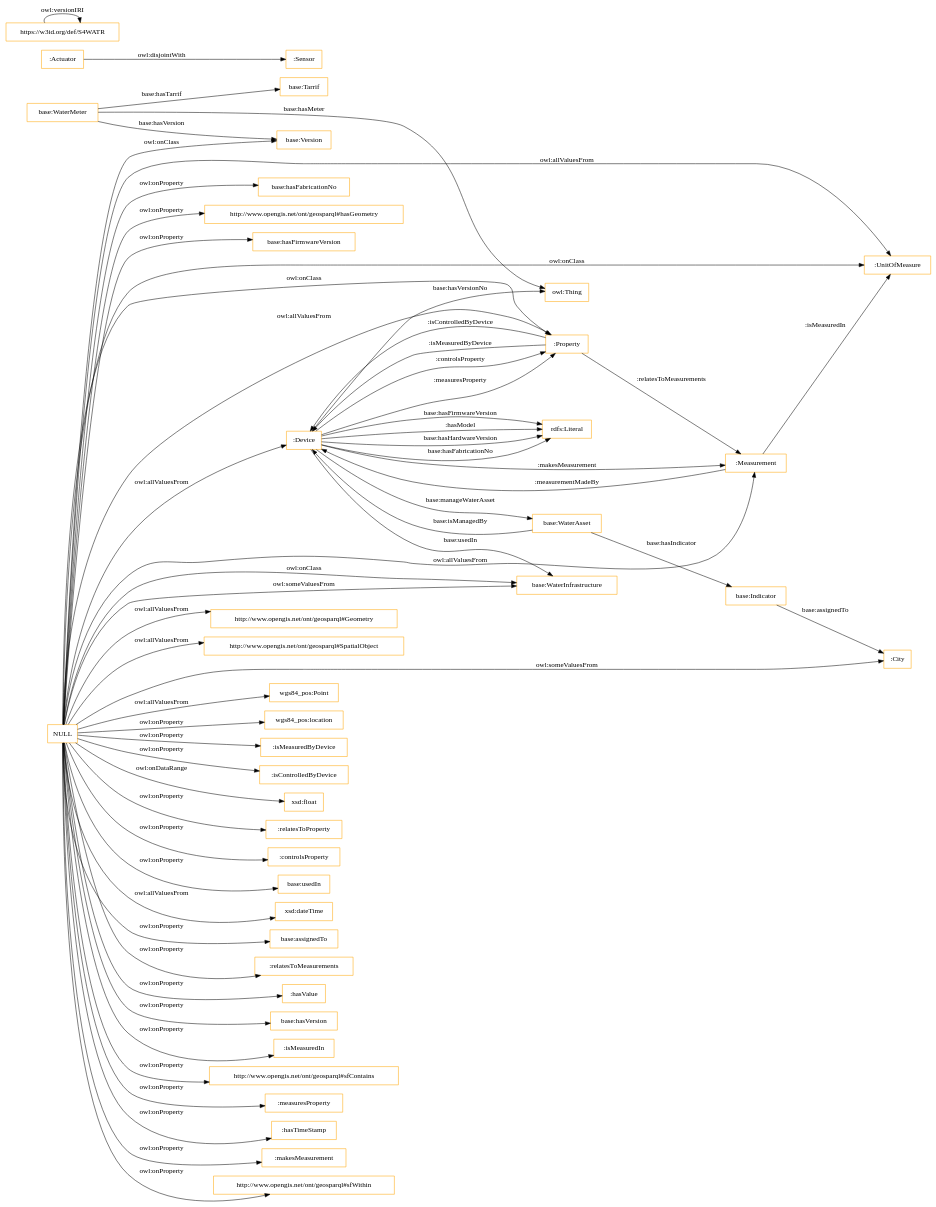
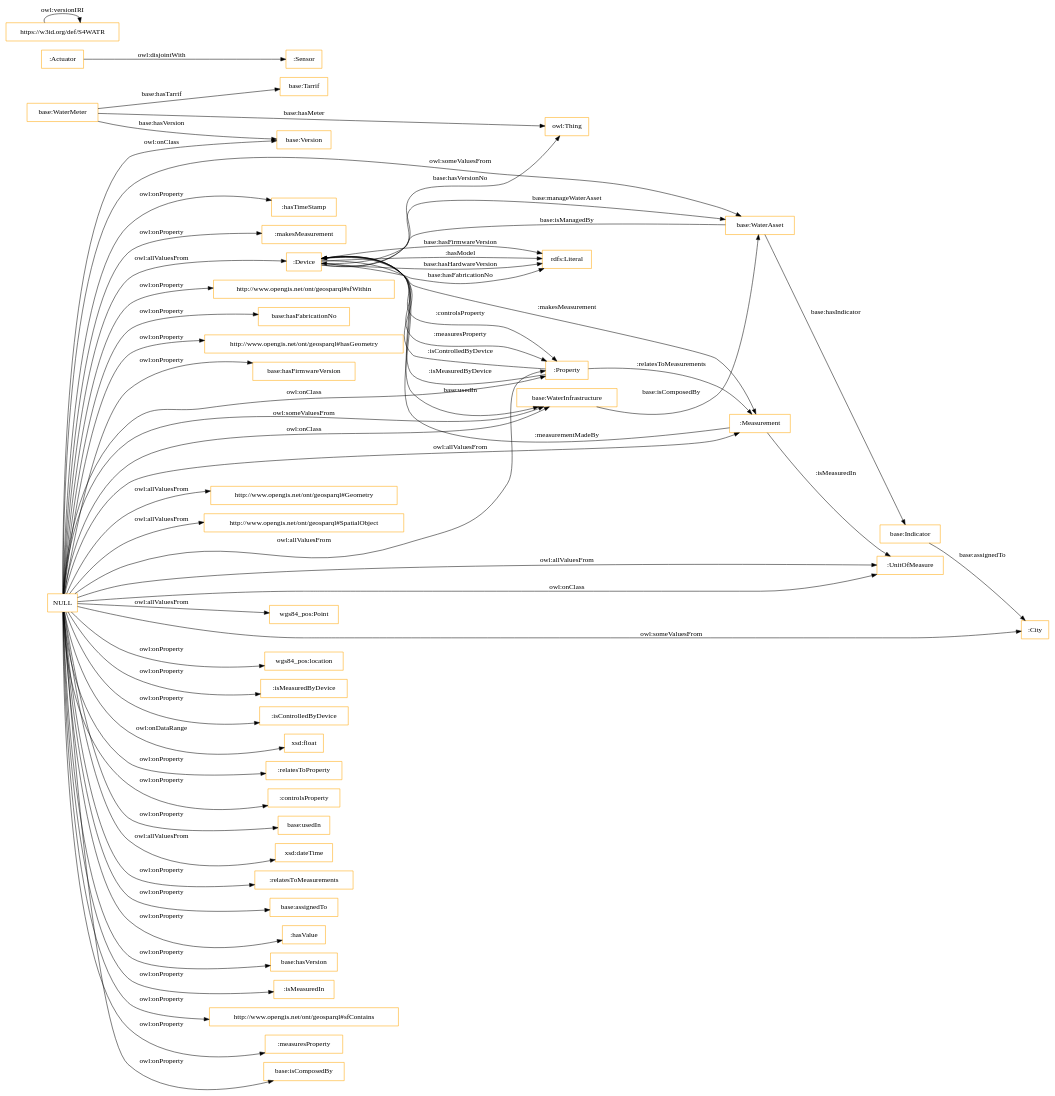
The diagram in OnToology/S4Water.owl/diagrams/ar2dtool-class/S4Water.owl.png.dot (tiwari2019/S4WATR-1), drawn with Graphviz before and after one commit. The commit also changed 12 other files, not shown here.

```diff
--- a/OnToology/S4Water.owl/diagrams/ar2dtool-class/S4Water.owl.png.dot
+++ b/OnToology/S4Water.owl/diagrams/ar2dtool-class/S4Water.owl.png.dot
@@ -1,63 +1,66 @@
 digraph ar2dtool_diagram { 
 rankdir=LR;
 size="1501"
 node [shape = rectangle, color="orange"]; "base:Version" ":Property" "base:WaterAsset" ":Sensor" "base:WaterMeter" "base:WaterInfrastructure" ":Device" "base:Indicator" "http://www.opengis.net/ont/geosparql#Geometry" "http://www.opengis.net/ont/geosparql#SpatialObject" ":UnitOfMeasure" ":City" "base:Tarrif" "wgs84_pos:Point" ":Measurement" ":Actuator" ; /*classes style*/
 	"NULL" -> "wgs84_pos:location" [ label = "owl:onProperty" ];
 	"NULL" -> "wgs84_pos:Point" [ label = "owl:allValuesFrom" ];
 	"NULL" -> ":isMeasuredByDevice" [ label = "owl:onProperty" ];
 	"NULL" -> ":isControlledByDevice" [ label = "owl:onProperty" ];
 	"NULL" -> ":Measurement" [ label = "owl:allValuesFrom" ];
 	"NULL" -> "xsd:float" [ label = "owl:onDataRange" ];
 	"NULL" -> "http://www.opengis.net/ont/geosparql#Geometry" [ label = "owl:allValuesFrom" ];
 	"NULL" -> "base:WaterInfrastructure" [ label = "owl:someValuesFrom" ];
 	"NULL" -> ":relatesToProperty" [ label = "owl:onProperty" ];
+	"NULL" -> ":City" [ label = "owl:someValuesFrom" ];
 	"NULL" -> ":controlsProperty" [ label = "owl:onProperty" ];
 	"NULL" -> "base:usedIn" [ label = "owl:onProperty" ];
-	"NULL" -> ":City" [ label = "owl:someValuesFrom" ];
 	"NULL" -> "xsd:dateTime" [ label = "owl:allValuesFrom" ];
 	"NULL" -> "base:Version" [ label = "owl:onClass" ];
+	"NULL" -> ":relatesToMeasurements" [ label = "owl:onProperty" ];
+	"NULL" -> "base:assignedTo" [ label = "owl:onProperty" ];
+	"NULL" -> ":Property" [ label = "owl:onClass" ];
 	"NULL" -> "http://www.opengis.net/ont/geosparql#SpatialObject" [ label = "owl:allValuesFrom" ];
-	"NULL" -> "base:assignedTo" [ label = "owl:onProperty" ];
-	"NULL" -> ":relatesToMeasurements" [ label = "owl:onProperty" ];
 	"NULL" -> ":hasValue" [ label = "owl:onProperty" ];
-	"NULL" -> ":Property" [ label = "owl:onClass" ];
 	"NULL" -> "base:hasVersion" [ label = "owl:onProperty" ];
 	"NULL" -> ":UnitOfMeasure" [ label = "owl:allValuesFrom" ];
 	"NULL" -> ":UnitOfMeasure" [ label = "owl:onClass" ];
 	"NULL" -> ":isMeasuredIn" [ label = "owl:onProperty" ];
 	"NULL" -> "http://www.opengis.net/ont/geosparql#sfContains" [ label = "owl:onProperty" ];
+	"NULL" -> "base:WaterAsset" [ label = "owl:someValuesFrom" ];
 	"NULL" -> ":measuresProperty" [ label = "owl:onProperty" ];
+	"NULL" -> "base:isComposedBy" [ label = "owl:onProperty" ];
 	"NULL" -> "base:WaterInfrastructure" [ label = "owl:onClass" ];
 	"NULL" -> ":hasTimeStamp" [ label = "owl:onProperty" ];
 	"NULL" -> ":makesMeasurement" [ label = "owl:onProperty" ];
 	"NULL" -> "http://www.opengis.net/ont/geosparql#sfWithin" [ label = "owl:onProperty" ];
+	"NULL" -> ":Property" [ label = "owl:allValuesFrom" ];
 	"NULL" -> "base:hasFabricationNo" [ label = "owl:onProperty" ];
-	"NULL" -> ":Property" [ label = "owl:allValuesFrom" ];
+	"NULL" -> "http://www.opengis.net/ont/geosparql#hasGeometry" [ label = "owl:onProperty" ];
 	"NULL" -> ":Device" [ label = "owl:allValuesFrom" ];
-	"NULL" -> "http://www.opengis.net/ont/geosparql#hasGeometry" [ label = "owl:onProperty" ];
 	"NULL" -> "base:hasFirmwareVersion" [ label = "owl:onProperty" ];
 	"https://w3id.org/def/S4WATR" -> "https://w3id.org/def/S4WATR" [ label = "owl:versionIRI" ];
 	":Actuator" -> ":Sensor" [ label = "owl:disjointWith" ];
 	"base:Indicator" -> ":City" [ label = "base:assignedTo" ];
 	":Measurement" -> ":Device" [ label = ":measurementMadeBy" ];
 	":Device" -> "base:WaterAsset" [ label = "base:manageWaterAsset" ];
+	"base:WaterInfrastructure" -> "base:WaterAsset" [ label = "base:isComposedBy" ];
 	":Device" -> "rdfs:Literal" [ label = ":hasModel" ];
 	":Property" -> ":Device" [ label = ":isControlledByDevice" ];
 	":Device" -> "owl:Thing" [ label = "base:hasVersionNo" ];
 	":Device" -> "rdfs:Literal" [ label = "base:hasHardwareVersion" ];
 	"base:WaterMeter" -> "base:Version" [ label = "base:hasVersion" ];
 	":Property" -> ":Measurement" [ label = ":relatesToMeasurements" ];
 	":Device" -> ":Measurement" [ label = ":makesMeasurement" ];
 	":Device" -> "rdfs:Literal" [ label = "base:hasFabricationNo" ];
 	":Device" -> "rdfs:Literal" [ label = "base:hasFirmwareVersion" ];
 	":Device" -> ":Property" [ label = ":controlsProperty" ];
 	":Device" -> "base:WaterInfrastructure" [ label = "base:usedIn" ];
 	"base:WaterAsset" -> ":Device" [ label = "base:isManagedBy" ];
 	"base:WaterAsset" -> "base:Indicator" [ label = "base:hasIndicator" ];
 	":Property" -> ":Device" [ label = ":isMeasuredByDevice" ];
 	"base:WaterMeter" -> "base:Tarrif" [ label = "base:hasTarrif" ];
 	"base:WaterMeter" -> "owl:Thing" [ label = "base:hasMeter" ];
 	":Measurement" -> ":UnitOfMeasure" [ label = ":isMeasuredIn" ];
 	":Device" -> ":Property" [ label = ":measuresProperty" ];
 
 }
```
